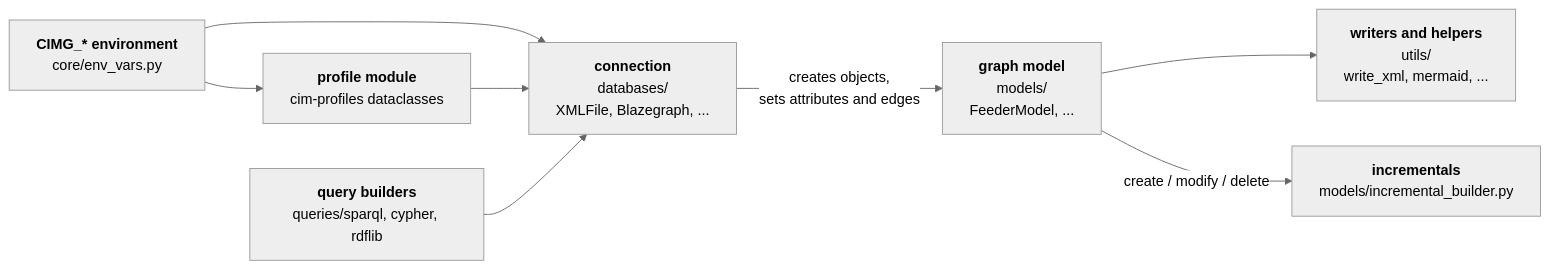
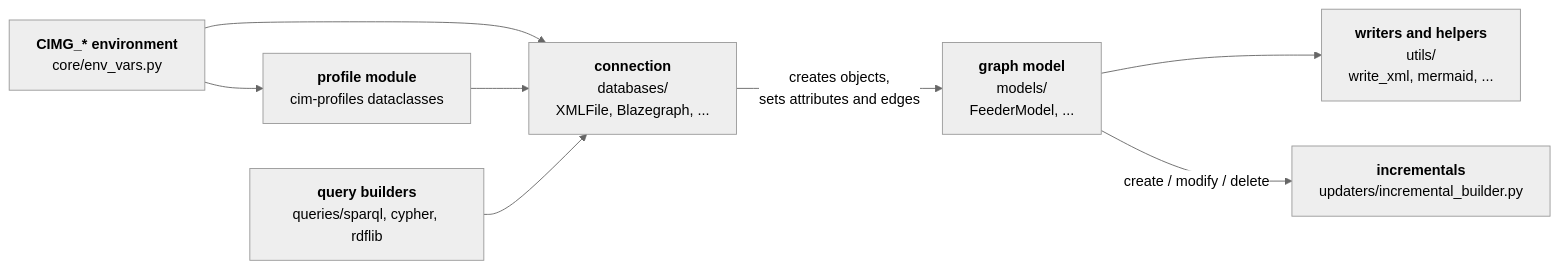
One commit to PNNL-CIM-Tools/CIM-Graph changed the diagram in docs/developer/index.md. Above: the diagram before and after it, drawn with Mermaid (neutral theme). The commit also changed other lines of this file and 14 other files, not shown here.

````diff
--- a/docs/developer/index.md
+++ b/docs/developer/index.md
@@ -6,10 +6,10 @@
 ```mermaid
 flowchart LR
     env["<b>CIMG_* environment</b><br/>core/env_vars.py"] --> profile["<b>profile module</b><br/>cim-profiles dataclasses"]
     env --> conn
     profile --> conn["<b>connection</b><br/>databases/<br/>XMLFile, Blazegraph, ..."]
     queries["<b>query builders</b><br/>queries/sparql, cypher, rdflib"] --> conn
     conn -- "creates objects,<br/>sets attributes and edges" --> model["<b>graph model</b><br/>models/<br/>FeederModel, ..."]
     model --> utils["<b>writers and helpers</b><br/>utils/<br/>write_xml, mermaid, ..."]
-    model -- "create / modify / delete" --> incr["<b>incrementals</b><br/>models/incremental_builder.py"]
+    model -- "create / modify / delete" --> incr["<b>incrementals</b><br/>updaters/incremental_builder.py"]
 ```
````
